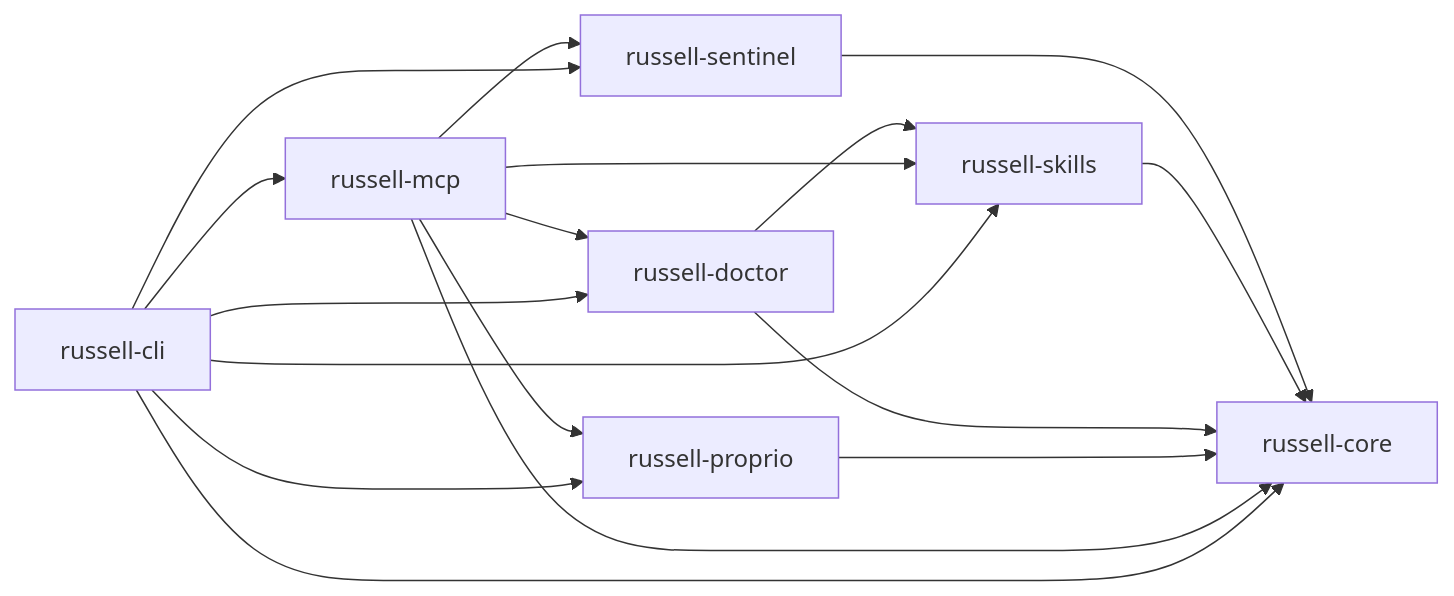
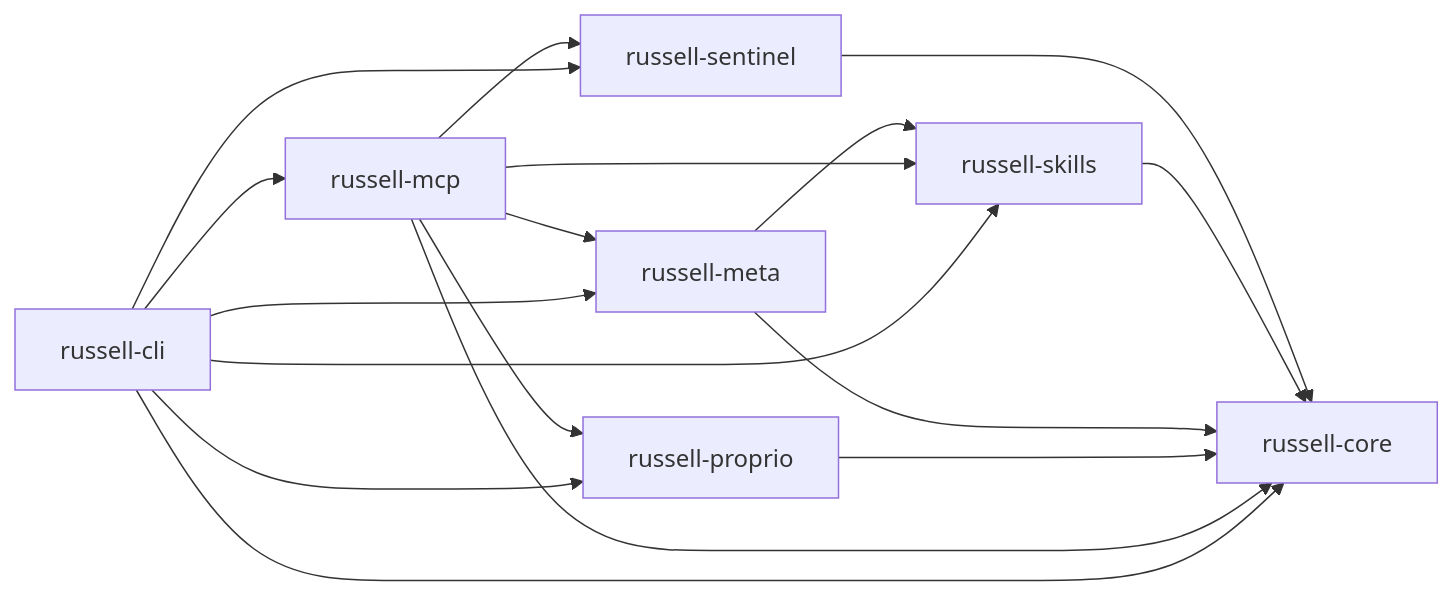
The second of 2 diagrams in docs/architecture/overview.md (mdz-axo/russell), drawn with Mermaid before and after one commit. The commit also changed other lines of this file and 21 other files, not shown here.

````diff
--- a/docs/architecture/overview.md
+++ b/docs/architecture/overview.md
@@ -113,17 +113,17 @@
 ```mermaid
 flowchart LR
   CORE[russell-core]
   SENTINEL[russell-sentinel]
-  DOCTOR[russell-doctor]
+  META[russell-meta]
   SKILLS[russell-skills]
   MCP[russell-mcp]
   PROPRIO[russell-proprio]
   CLI[russell-cli]
 
   SENTINEL --> CORE
   SKILLS --> CORE
-  DOCTOR --> CORE & SKILLS
+  META --> CORE & SKILLS
   PROPRIO --> CORE
-  MCP --> CORE & SENTINEL & DOCTOR & SKILLS & PROPRIO
-  CLI --> CORE & SENTINEL & DOCTOR & SKILLS & PROPRIO & MCP
+  MCP --> CORE & SENTINEL & META & SKILLS & PROPRIO
+  CLI --> CORE & SENTINEL & META & SKILLS & PROPRIO & MCP
 ```
````
